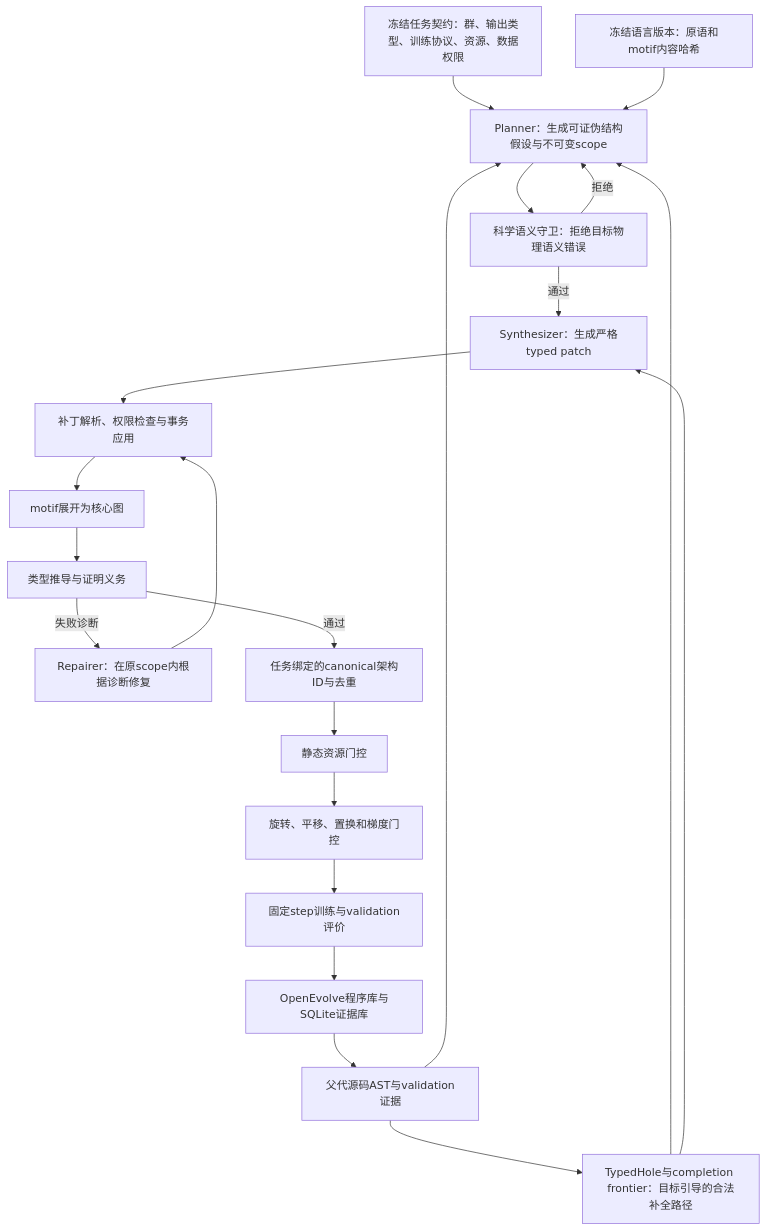
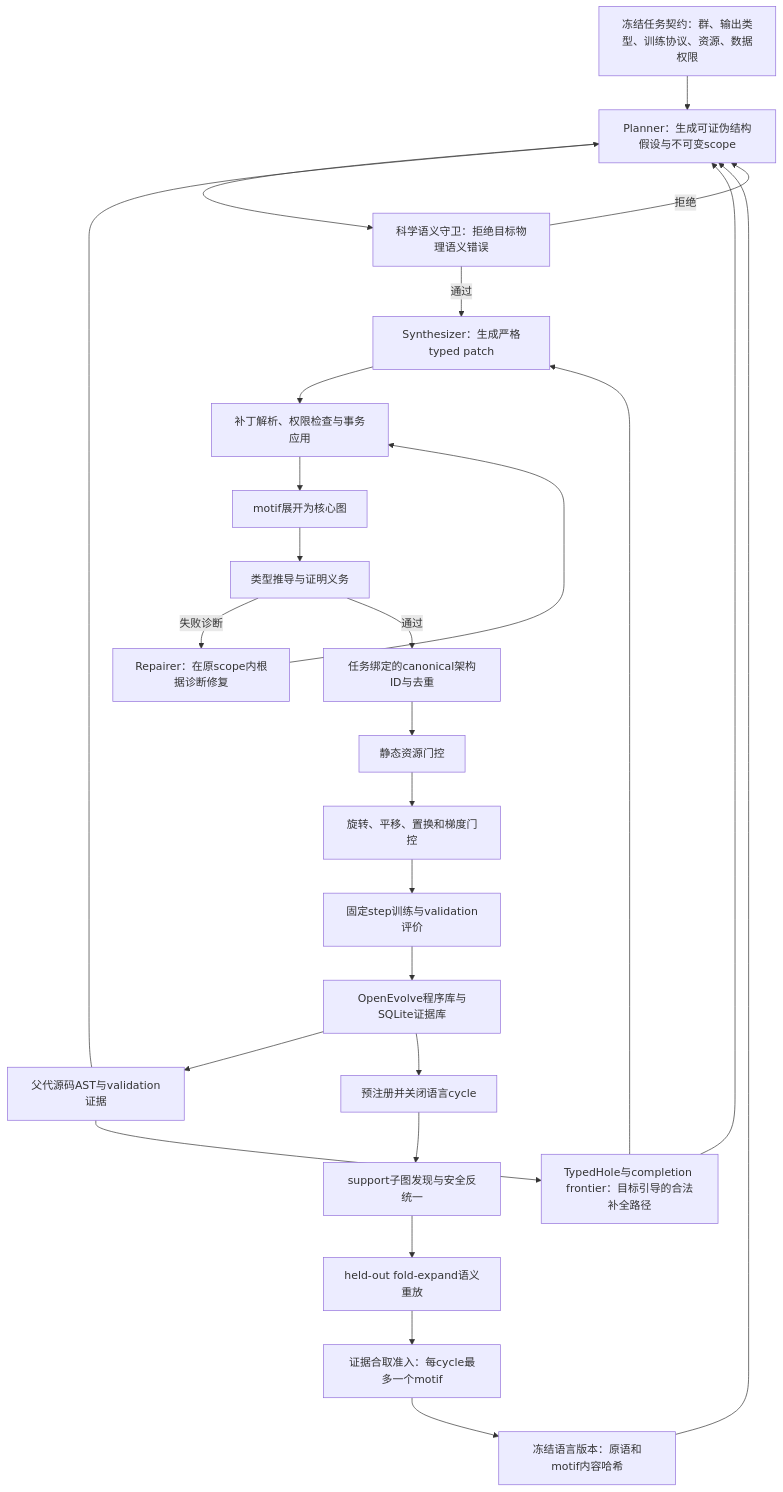
The diagram in 设计文档/等变架构DSL设计与实现状态审计.md (tju-yxq/openevolve), drawn with Mermaid before and after one commit. The commit also changed other lines of this file and 16 other files, not shown here.

````diff
--- a/设计文档/等变架构DSL设计与实现状态审计.md
+++ b/设计文档/等变架构DSL设计与实现状态审计.md
@@ -16,40 +16,49 @@
 ```mermaid
 flowchart TD
     T["冻结任务契约：群、输出类型、训练协议、资源、数据权限"]
     L["冻结语言版本：原语和motif内容哈希"]
     P["父代源码AST与validation证据"]
     CD["TypedHole与completion frontier：目标引导的合法补全路径"]
     PL["Planner：生成可证伪结构假设与不可变scope"]
     SG["科学语义守卫：拒绝目标物理语义错误"]
     SY["Synthesizer：生成严格typed patch"]
     PA["补丁解析、权限检查与事务应用"]
     EX["motif展开为核心图"]
     TC["类型推导与证明义务"]
     RP["Repairer：在原scope内根据诊断修复"]
     ID["任务绑定的canonical架构ID与去重"]
     RS["静态资源门控"]
     EQ["旋转、平移、置换和梯度门控"]
     TR["固定step训练与validation评价"]
     DB["OpenEvolve程序库与SQLite证据库"]
+    LB["预注册并关闭语言cycle"]
+    MD["support子图发现与安全反统一"]
+    HR["held-out fold-expand语义重放"]
+    AD["证据合取准入：每cycle最多一个motif"]
 
     T --> PL
     L --> PL
     P --> PL
     P --> CD
     CD --> PL
     CD --> SY
     PL --> SG
     SG -->|通过| SY
     SG -->|拒绝| PL
     SY --> PA
     PA --> EX
     EX --> TC
     TC -->|失败诊断| RP
     RP --> PA
     TC -->|通过| ID
     ID --> RS
     RS --> EQ
     EQ --> TR
     TR --> DB
     DB --> P
+    DB --> LB
+    LB --> MD
+    MD --> HR
+    HR --> AD
+    AD --> L
 ```
````
